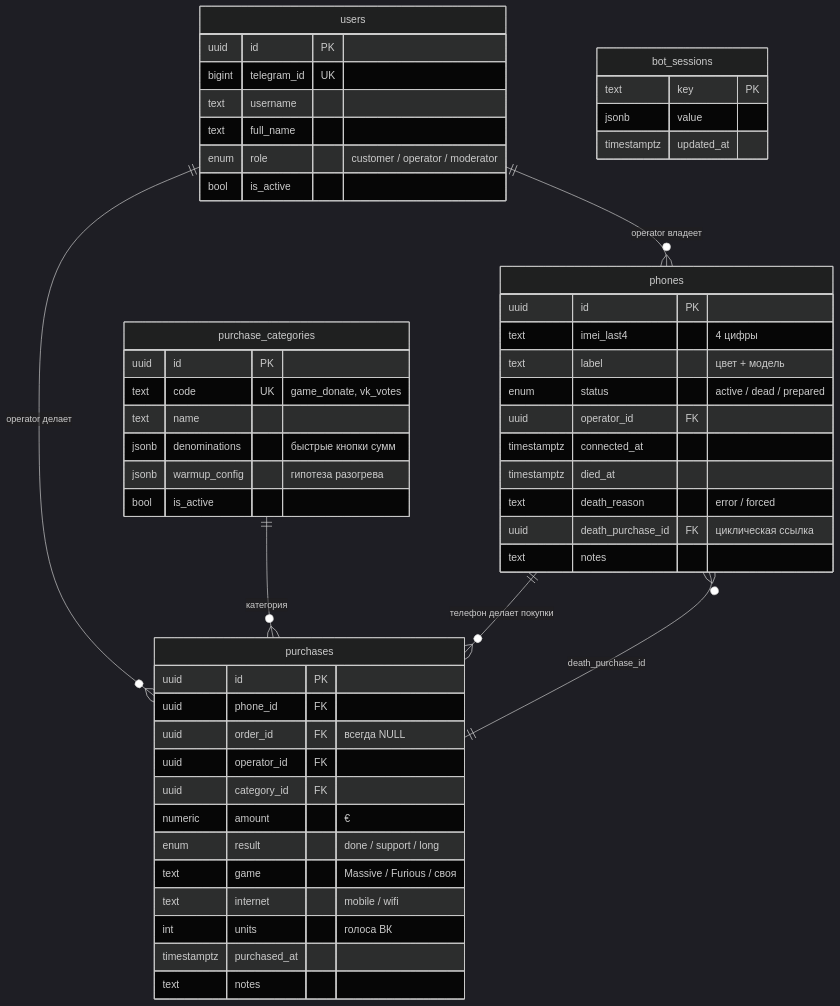
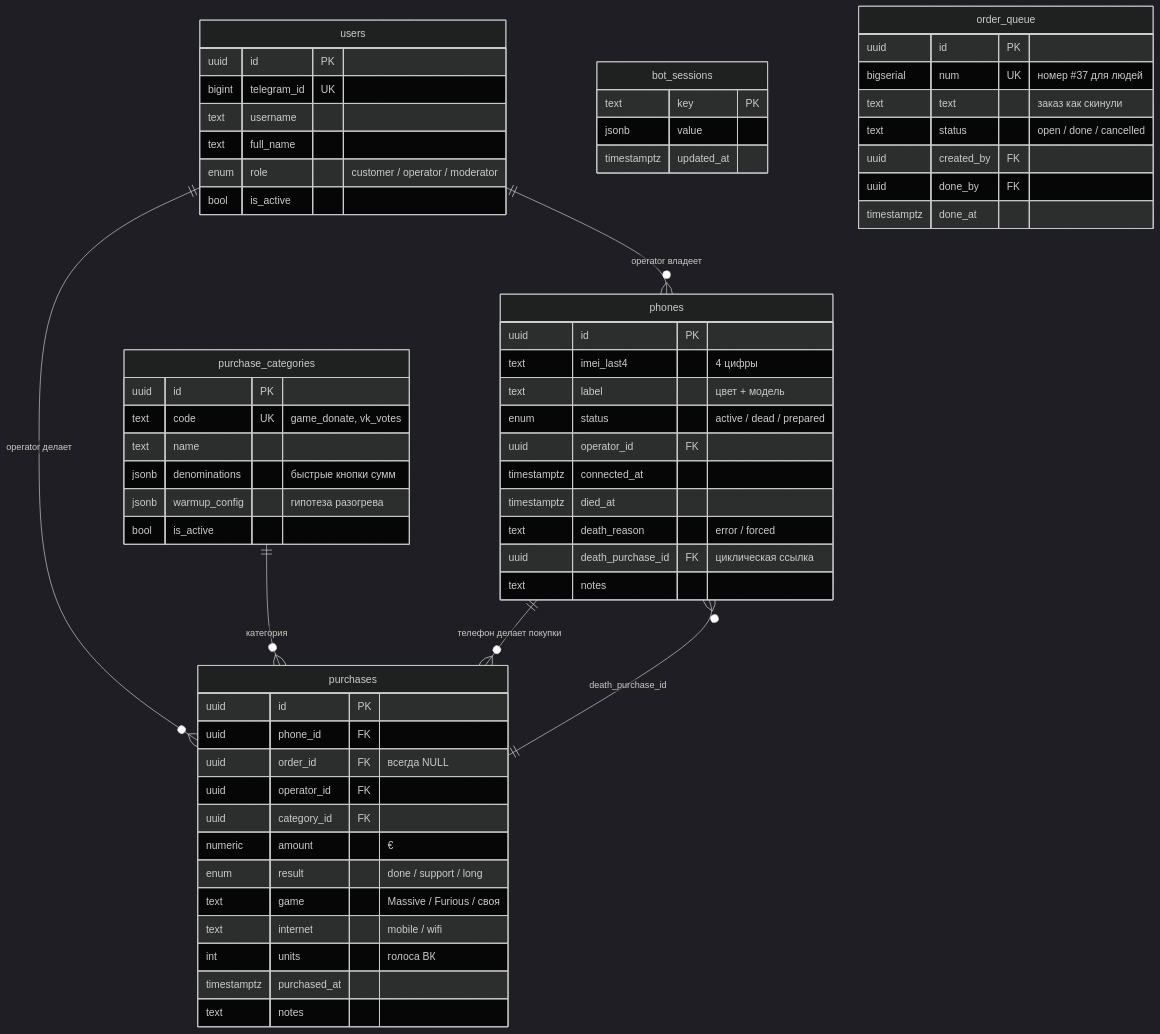
The diagram in docs/db-schema.md (Diaman21/donat-system), drawn with Mermaid (dark theme) before and after one commit. The commit also changed other lines of this file and 4 other files, not shown here.

````diff
--- a/docs/db-schema.md
+++ b/docs/db-schema.md
@@ -24,60 +25,70 @@
 ```mermaid
 erDiagram
     users ||--o{ purchases : "operator делает"
     users ||--o{ phones : "operator владеет"
     purchase_categories ||--o{ purchases : "категория"
     phones ||--o{ purchases : "телефон делает покупки"
     phones }o--|| purchases : "death_purchase_id"
 
     users {
         uuid id PK
         bigint telegram_id UK
         text username
         text full_name
         enum role "customer / operator / moderator"
         bool is_active
     }
 
     purchase_categories {
         uuid id PK
         text code UK "game_donate, vk_votes"
         text name
         jsonb denominations "быстрые кнопки сумм"
         jsonb warmup_config "гипотеза разогрева"
         bool is_active
     }
 
     phones {
         uuid id PK
         text imei_last4 "4 цифры"
         text label "цвет + модель"
         enum status "active / dead / prepared"
         uuid operator_id FK
         timestamptz connected_at
         timestamptz died_at
         text death_reason "error / forced"
         uuid death_purchase_id FK "циклическая ссылка"
         text notes
     }
 
     purchases {
         uuid id PK
         uuid phone_id FK
         uuid order_id FK "всегда NULL"
         uuid operator_id FK
         uuid category_id FK
         numeric amount "€"
         enum result "done / support / long"
         text game "Massive / Furious / своя"
         text internet "mobile / wifi"
         int units "голоса ВК"
         timestamptz purchased_at
         text notes
     }
 
     bot_sessions {
         text key PK
         jsonb value
         timestamptz updated_at
     }
+
+    order_queue {
+        uuid id PK
+        bigserial num UK "номер #37 для людей"
+        text text "заказ как скинули"
+        text status "open / done / cancelled"
+        uuid created_by FK
+        uuid done_by FK
+        timestamptz done_at
+    }
 ```
````
